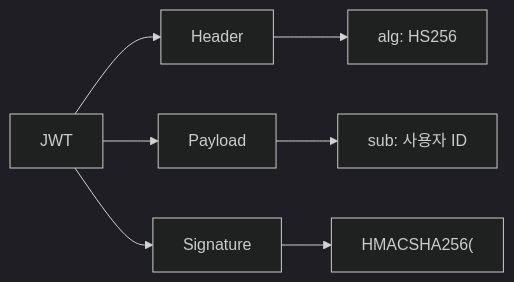
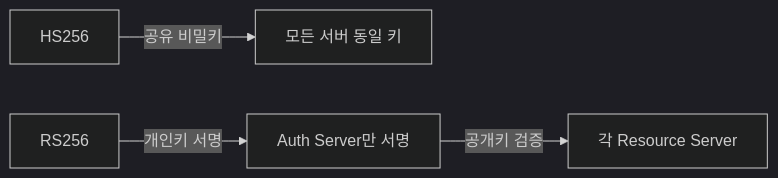
Before and after one commit to yjkim2015/yjkim2015.github.io: the fourth of 6 diagrams in _posts/spring/2026-05-02-spring-security-deep.md, drawn with Mermaid (dark theme). The commit also changed other lines of this file and 4 other files, not shown here.

````diff
--- a/_posts/spring/2026-05-02-spring-security-deep.md
+++ b/_posts/spring/2026-05-02-spring-security-deep.md
@@ -203,9 +404,6 @@
 ```mermaid
 graph LR
-    A[JWT] --> B[Header]
-    A --> C[Payload]
-    A --> D[Signature]
-    B --> E["alg: HS256"]
-    C --> F["sub: 사용자 ID"]
-    D --> G["HMACSHA256("]
+    A[HS256] -->|공유 비밀키| B[모든 서버 동일 키]
+    C[RS256] -->|개인키 서명| D[Auth Server만 서명]
+    D -->|공개키 검증| E[각 Resource Server]
 ```
````
